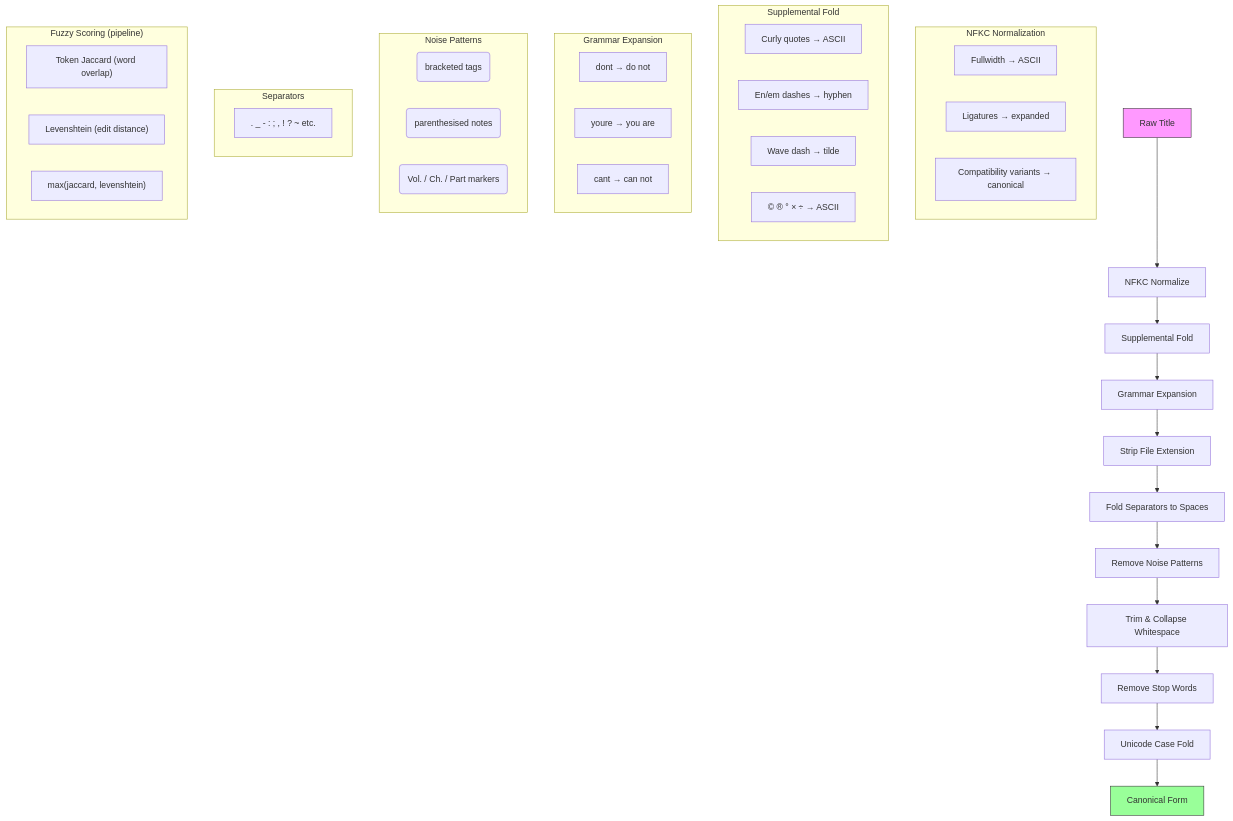
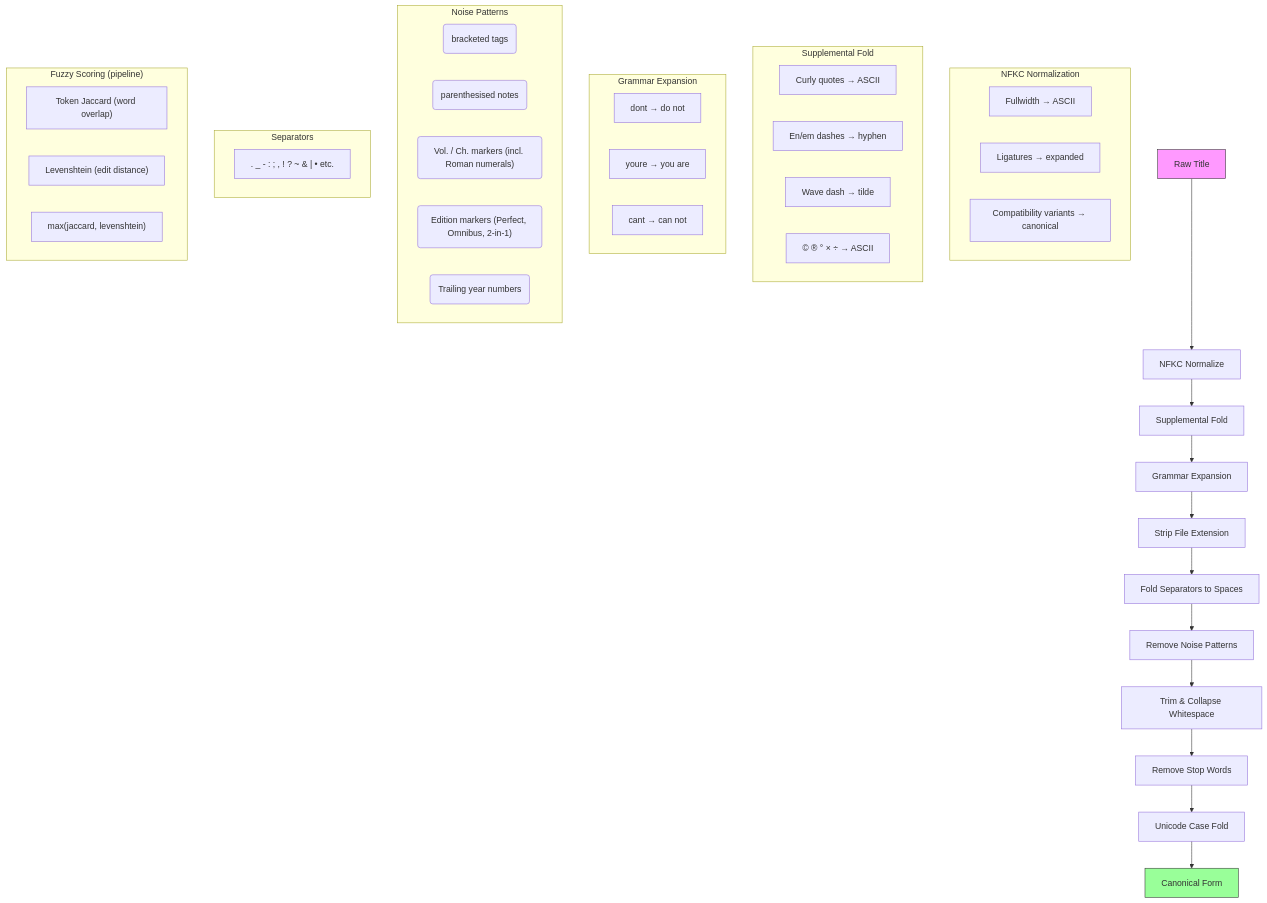
One commit to adamfitz/scrape changed the diagram in documentation/technical/normalization.md. Above: the diagram before and after it, drawn with Mermaid. The commit also changed other lines of this file and 5 other files, not shown here.

````diff
--- a/documentation/technical/normalization.md
+++ b/documentation/technical/normalization.md
@@ -168,51 +174,53 @@
 ```mermaid
 flowchart TD
     A[Raw Title] --> B[NFKC Normalize]
     B --> B2[Supplemental Fold]
     B2 --> B3[Grammar Expansion]
     B3 --> C[Strip File Extension]
     C --> D[Fold Separators to Spaces]
     D --> E[Remove Noise Patterns]
     E --> F[Trim & Collapse Whitespace]
     F --> G[Remove Stop Words]
     G --> H[Unicode Case Fold]
     H --> I[Canonical Form]
 
     subgraph "NFKC Normalization"
         B1a["Fullwidth → ASCII"]
         B1b["Ligatures → expanded"]
         B1c["Compatibility variants → canonical"]
     end
 
     subgraph "Supplemental Fold"
         B2a["Curly quotes → ASCII"]
         B2b["En/em dashes → hyphen"]
         B2c["Wave dash → tilde"]
         B2d["© ® ° × ÷ → ASCII"]
     end
 
     subgraph "Grammar Expansion"
         B3a["dont → do not"]
         B3b["youre → you are"]
         B3c["cant → can not"]
     end
 
     subgraph "Noise Patterns"
         E1("bracketed tags")
         E2("parenthesised notes")
-        E3("Vol. / Ch. / Part markers")
+        E3("Vol. / Ch. markers (incl. Roman numerals)")
+        E4("Edition markers (Perfect, Omnibus, 2-in-1)")
+        E5("Trailing year numbers")
     end
 
     subgraph "Separators"
-        D1[". _ - : ; , ! ? ~ etc."]
+        D1[". _ - : ; , ! ? ~ & | • etc."]
     end
 
     subgraph "Fuzzy Scoring (pipeline)"
         F1["Token Jaccard (word overlap)"]
         F2["Levenshtein (edit distance)"]
         F3["max(jaccard, levenshtein)"]
     end
 
     style A fill:#f9f,stroke:#333
     style I fill:#9f9,stroke:#333
 ```
````
